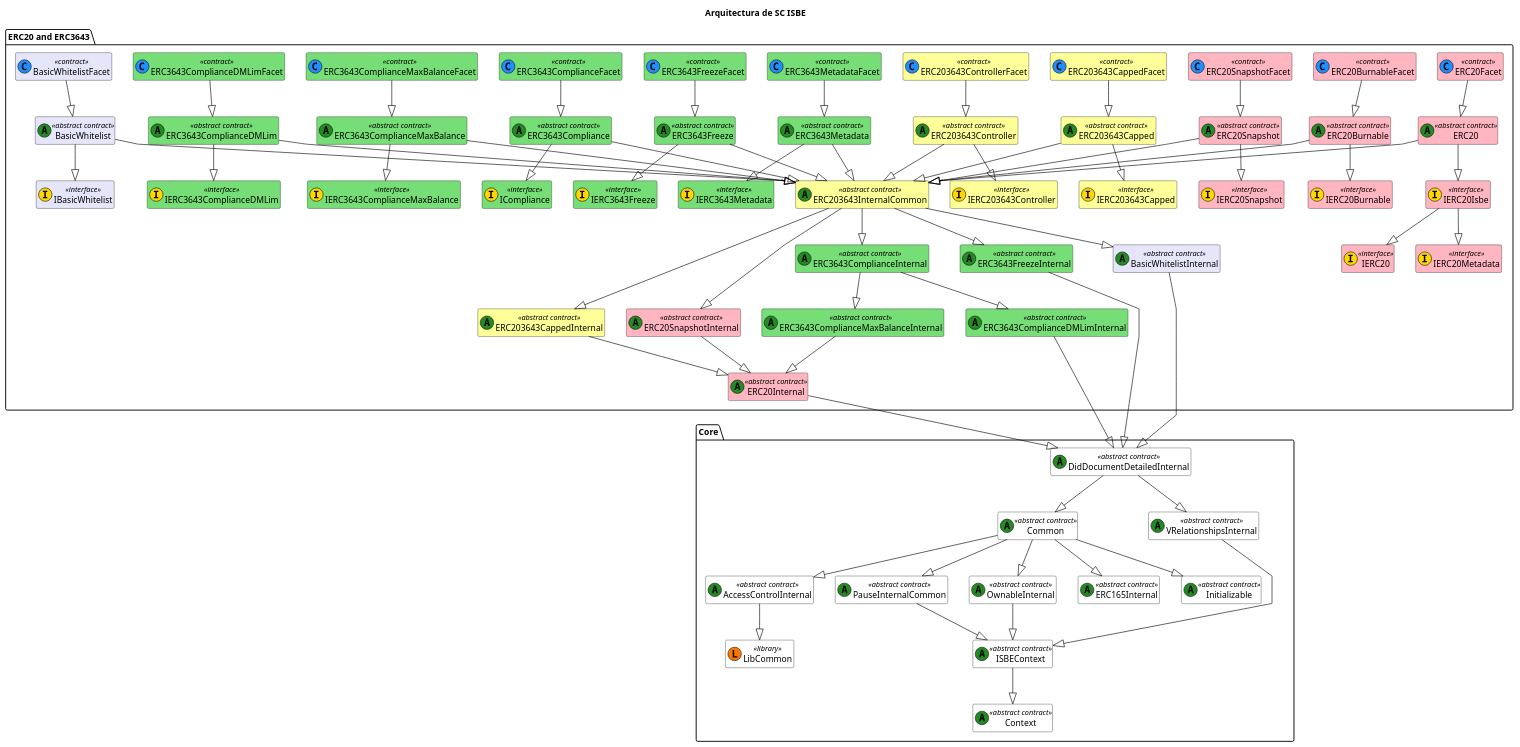
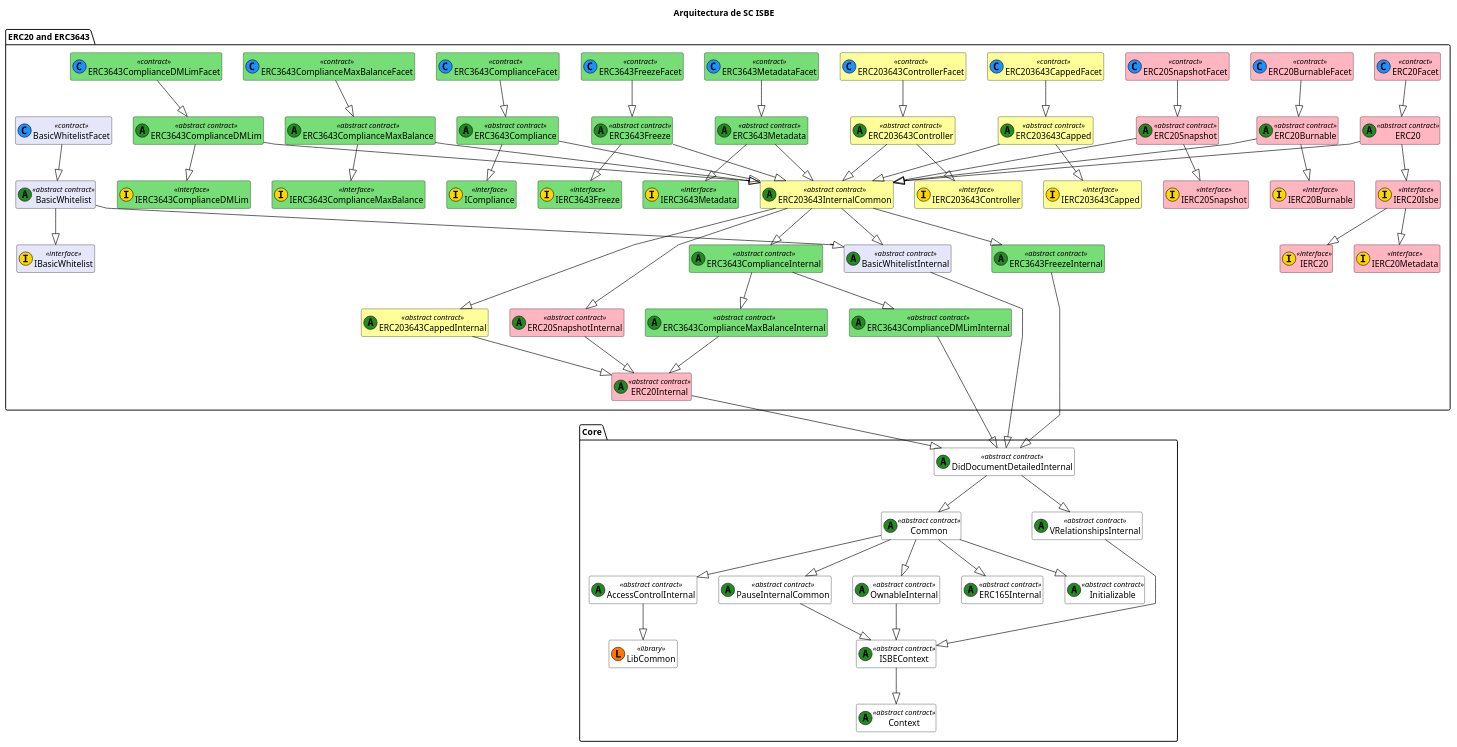
One commit to red-isbe/isbe-contracts changed the diagram in docs/diagrams/ISBE-SC-UML-Global-Functional_2.puml. Above: the diagram before and after it, drawn with PlantUML. The commit also changed 12 other files, not shown here.

```diff
--- a/docs/diagrams/ISBE-SC-UML-Global-Functional_2.puml
+++ b/docs/diagrams/ISBE-SC-UML-Global-Functional_2.puml
@@ -1,183 +1,184 @@
 @startuml
 title Arquitectura de SC ISBE
 
 skinparam class {
     BackgroundColor White
     ArrowColor Black
     BorderColor Black
 }
 skinparam linetype polyline
 hide empty members
 
 ' === CORE ===
 package "Core" {
     class Initializable <<(A,#228b22) abstract contract>>
     class Common <<(A,#228b22) abstract contract>>
     class DidDocumentDetailedInternal <<(A,#228b22) abstract contract>>
     class VRelationshipsInternal <<(A,#228b22) abstract contract>>
     class LibCommon << (L,#FF7700) library >>
     class ISBEContext <<(A,#228b22) abstract contract>>
     class AccessControlInternal <<(A,#228b22) abstract contract>> 
     class PauseInternalCommon <<(A,#228b22) abstract contract>> 
     class OwnableInternal <<(A,#228b22) abstract contract>> 
     class ERC165Internal <<(A,#228b22) abstract contract>>
     class Context <<(A,#228b22) abstract contract>>
 
     DidDocumentDetailedInternal --|> Common
     DidDocumentDetailedInternal --|> VRelationshipsInternal 
     Common --|> Initializable
     Common --|> ERC165Internal
     Common --|> AccessControlInternal
     Common --|> OwnableInternal
     Common --|> PauseInternalCommon
     VRelationshipsInternal--|> ISBEContext
     PauseInternalCommon --|> ISBEContext
     OwnableInternal --|> ISBEContext
     ISBEContext --|> Context
     AccessControlInternal --|> LibCommon
 }
 
 
 
 
 ' === ERC20 and ERC3643 ===
 package "ERC20 and ERC3643" {
     class IERC20 <<(I,#FFD700) interface>> #FFB6C1
     class IERC20Metadata <<(I,#FFD700) interface>> #FFB6C1
     class IERC20Isbe <<(I,#FFD700) interface>> #FFB6C1
     class IERC20Burnable <<(I,#FFD700) interface>> #FFB6C1
     class IERC20Snapshot <<(I,#FFD700) interface>> #FFB6C1
     class IERC203643Capped <<(I,#FFD700) interface>> #FFFF99
     class IERC203643Controller <<(I,#FFD700) interface>> #FFFF99
     
 
     class ERC20 <<(A,#228B22) abstract contract>> #FFB6C1
     class ERC20Facet <<(C,#1E90FF) contract>> #FFB6C1
     class ERC20Internal <<(A,#228B22) abstract contract>> #FFB6C1
 
     class ERC20Burnable <<(A,#228B22) abstract contract>> #FFB6C1
     class ERC20BurnableFacet <<(C,#1E90FF) contract>> #FFB6C1
 
     class ERC20Snapshot <<(A,#228B22) abstract contract>> #FFB6C1
     class ERC20SnapshotFacet <<(C,#1E90FF) contract>> #FFB6C1
     class ERC20SnapshotInternal <<(A,#228B22) abstract contract>> #FFB6C1
 
     class ERC203643Capped <<(A,#228B22) abstract contract>> #FFFF99
     class ERC203643CappedFacet <<(C,#1E90FF) contract>> #FFFF99
     class ERC203643CappedInternal <<(A,#228B22) abstract contract>> #FFFF99
 
     class ERC203643Controller <<(A,#228B22) abstract contract>> #FFFF99
     class ERC203643ControllerFacet <<(C,#1E90FF) contract>> #FFFF99
 
     
 
     ERC20 --|> IERC20Isbe
     IERC20Isbe --|> IERC20
     IERC20Isbe --|> IERC20Metadata
     
   
     ERC20Internal --|> DidDocumentDetailedInternal 
     ERC20Facet --|> ERC20
 
     ERC20Burnable --|> IERC20Burnable
     ERC20BurnableFacet --|> ERC20Burnable
 
     ERC203643Capped --|> IERC203643Capped
     ERC203643CappedFacet --|> ERC203643Capped
     ERC203643CappedInternal --|> ERC20Internal
 
     ERC203643Controller --|> IERC203643Controller
     ERC203643ControllerFacet --|> ERC203643Controller
 
     ERC20Snapshot --|> IERC20Snapshot
     ERC20SnapshotFacet --|> ERC20Snapshot
     ERC20SnapshotInternal --|> ERC20Internal
 
 
 
     ' --- Metadata ---
     class IERC3643Metadata <<(I,#FFD700) interface>> #77DD77
     class ERC3643Metadata <<(A,#228B22) abstract contract>> #77DD77
     class ERC3643MetadataFacet <<(C,#1E90FF) contract>> #77DD77
 
     ERC3643MetadataFacet --|> ERC3643Metadata 
     ERC3643Metadata --|> IERC3643Metadata   
 
     ' --- Freeze ---
     class IERC3643Freeze <<(I,#FFD700) interface>> #77DD77
     class ERC3643FreezeInternal <<(A,#228B22) abstract contract>> #77DD77
     class ERC3643Freeze <<(A,#228B22) abstract contract>> #77DD77
     class ERC3643FreezeFacet <<(C,#1E90FF) contract>> #77DD77
 
     ERC3643FreezeFacet --|> ERC3643Freeze
     ERC3643Freeze --|> IERC3643Freeze  
     ERC3643FreezeInternal --|> DidDocumentDetailedInternal 
 
     ' --- Compliance---
     class ICompliance <<(I,#FFD700) interface>> #77DD77
     class ERC3643ComplianceInternal <<(A,#228B22) abstract contract>> #77DD77
     class ERC3643Compliance <<(A,#228B22) abstract contract>> #77DD77
     class ERC3643ComplianceFacet <<(C,#1E90FF) contract>> #77DD77
     
     ERC3643ComplianceFacet --|> ERC3643Compliance
     ERC3643Compliance --|> ICompliance   
 
     ' --- Compliance Max Balance---
     class IERC3643ComplianceMaxBalance <<(I,#FFD700) interface>> #77DD77
     class ERC3643ComplianceMaxBalanceInternal <<(A,#228B22) abstract contract>> #77DD77
     class ERC3643ComplianceMaxBalance <<(A,#228B22) abstract contract>> #77DD77
     class ERC3643ComplianceMaxBalanceFacet <<(C,#1E90FF) contract>> #77DD77
     
     ERC3643ComplianceMaxBalanceFacet --|> ERC3643ComplianceMaxBalance
     ERC3643ComplianceMaxBalance --|> IERC3643ComplianceMaxBalance 
     ERC3643ComplianceMaxBalanceInternal --|> ERC20Internal
 
     ERC3643ComplianceInternal --|> ERC3643ComplianceMaxBalanceInternal 
 
    ' --- DM Limit---
     class IERC3643ComplianceDMLim<<(I,#FFD700) interface>> #77DD77
     class ERC3643ComplianceDMLimInternal<<(A,#228B22) abstract contract>> #77DD77
     class ERC3643ComplianceDMLim<<(A,#228B22) abstract contract>> #77DD77
     class ERC3643ComplianceDMLimFacet<<(C,#1E90FF) contract>> #77DD77
     
     ERC3643ComplianceDMLimFacet--|> ERC3643ComplianceDMLim
     ERC3643ComplianceDMLim--|> IERC3643ComplianceDMLim
     ERC3643ComplianceDMLimInternal--|> DidDocumentDetailedInternal
 
     ERC3643ComplianceInternal --|> ERC3643ComplianceDMLimInternal
 
     ' --- BasicWhitelist ---
     class IBasicWhitelist <<(I,#FFD700) interface>> #E6E6FA
     class BasicWhitelistInternal <<(A,#228B22) abstract contract>> #E6E6FA
     class BasicWhitelist <<(A,#228B22) abstract contract>> #E6E6FA
     class BasicWhitelistFacet <<(C,#1E90FF) contract>> #E6E6FA
 
     BasicWhitelistFacet --|> BasicWhitelist
     BasicWhitelist --|> IBasicWhitelist  
+    BasicWhitelist --|> BasicWhitelistInternal
     BasicWhitelistInternal --|> DidDocumentDetailedInternal 
     
 
     ' --- ERC203643 Internal Common ---
     class ERC203643InternalCommon <<(A,#228B22) abstract contract>> #FFFF99
     ERC203643InternalCommon --|> ERC20SnapshotInternal
     ERC203643InternalCommon --|> ERC203643CappedInternal
     ERC203643InternalCommon --|> ERC3643FreezeInternal
     ERC203643InternalCommon --|> ERC3643ComplianceInternal
     ERC203643InternalCommon --|> BasicWhitelistInternal
 
 
     ERC3643Metadata --|> ERC203643InternalCommon
     ERC3643Freeze --|> ERC203643InternalCommon
     ERC20 --|> ERC203643InternalCommon
     ERC20Burnable --|> ERC203643InternalCommon
     ERC203643Capped --|> ERC203643InternalCommon
     ERC203643Controller --|> ERC203643InternalCommon
     ERC20Snapshot --|> ERC203643InternalCommon
     ERC3643Compliance --|> ERC203643InternalCommon
     ERC3643ComplianceMaxBalance --|> ERC203643InternalCommon
     ERC3643ComplianceDMLim --|> ERC203643InternalCommon
-    BasicWhitelist --|> ERC203643InternalCommon
+    
 
 
 }
 @enduml
```
